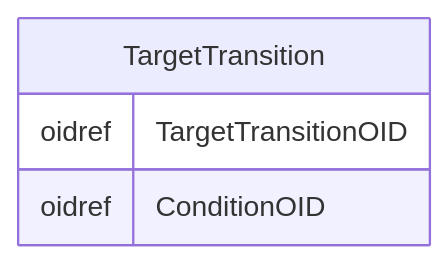
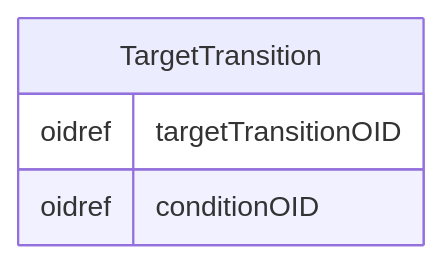
Before and after one commit to cdisc-org/DataExchange-ODM-LinkML: the diagram in docs/TargetTransition.md, drawn with Mermaid. The commit also changed other lines of this file and 759 other files, not shown here.

````diff
--- a/docs/TargetTransition.md
+++ b/docs/TargetTransition.md
@@ -11,10 +11,10 @@
 ```mermaid
 erDiagram
 TargetTransition {
-    oidref TargetTransitionOID  
-    oidref ConditionOID  
+    oidref targetTransitionOID  
+    oidref conditionOID  
 }
 
 
 
 ```
````
